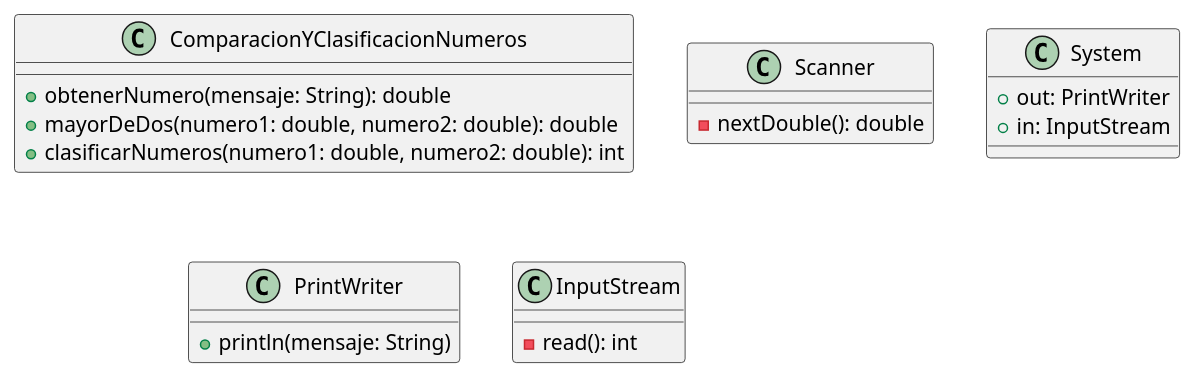
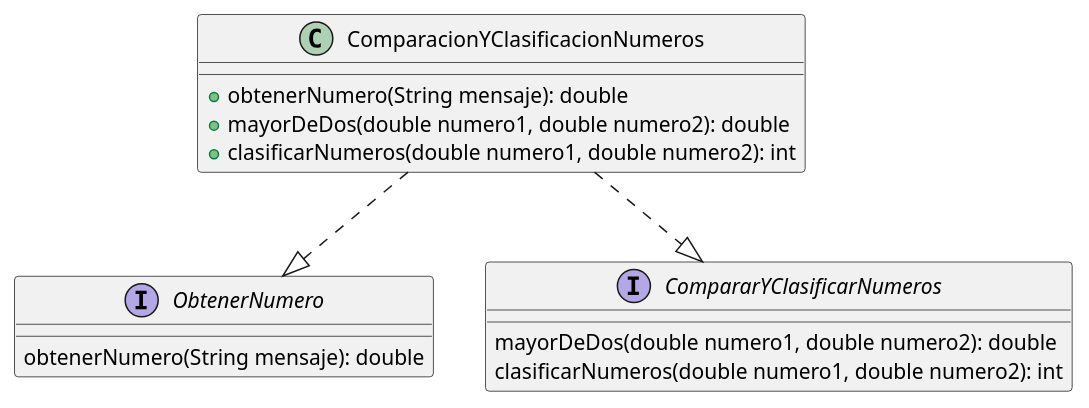
Before and after one commit to siraglez/entregaUd6TP: the diagram in src/ejercicio1/diagramaUML.puml, drawn with PlantUML.

Commit message:
diagrama ejercicio1

```diff
--- a/src/ejercicio1/diagramaUML.puml
+++ b/src/ejercicio1/diagramaUML.puml
@@ -1,26 +1,16 @@
 @startuml
-
 class ComparacionYClasificacionNumeros {
-    + obtenerNumero(mensaje: String): double
-    + mayorDeDos(numero1: double, numero2: double): double
-    + clasificarNumeros(numero1: double, numero2: double): int
+    + obtenerNumero(String mensaje): double
+    + mayorDeDos(double numero1, double numero2): double
+    + clasificarNumeros(double numero1, double numero2): int
 }
-
-class Scanner {
-    - nextDouble(): double
+interface ObtenerNumero {
+    obtenerNumero(String mensaje): double
 }
-
-class System {
-    + out: PrintWriter
-    + in: InputStream
+interface CompararYClasificarNumeros {
+    mayorDeDos(double numero1, double numero2): double
+    clasificarNumeros(double numero1, double numero2): int
 }
-
-class PrintWriter {
-    + println(mensaje: String)
-}
-
-class InputStream {
-    - read(): int
-}
-
+ComparacionYClasificacionNumeros ..|> ObtenerNumero
+ComparacionYClasificacionNumeros ..|> CompararYClasificarNumeros
 @enduml
```
